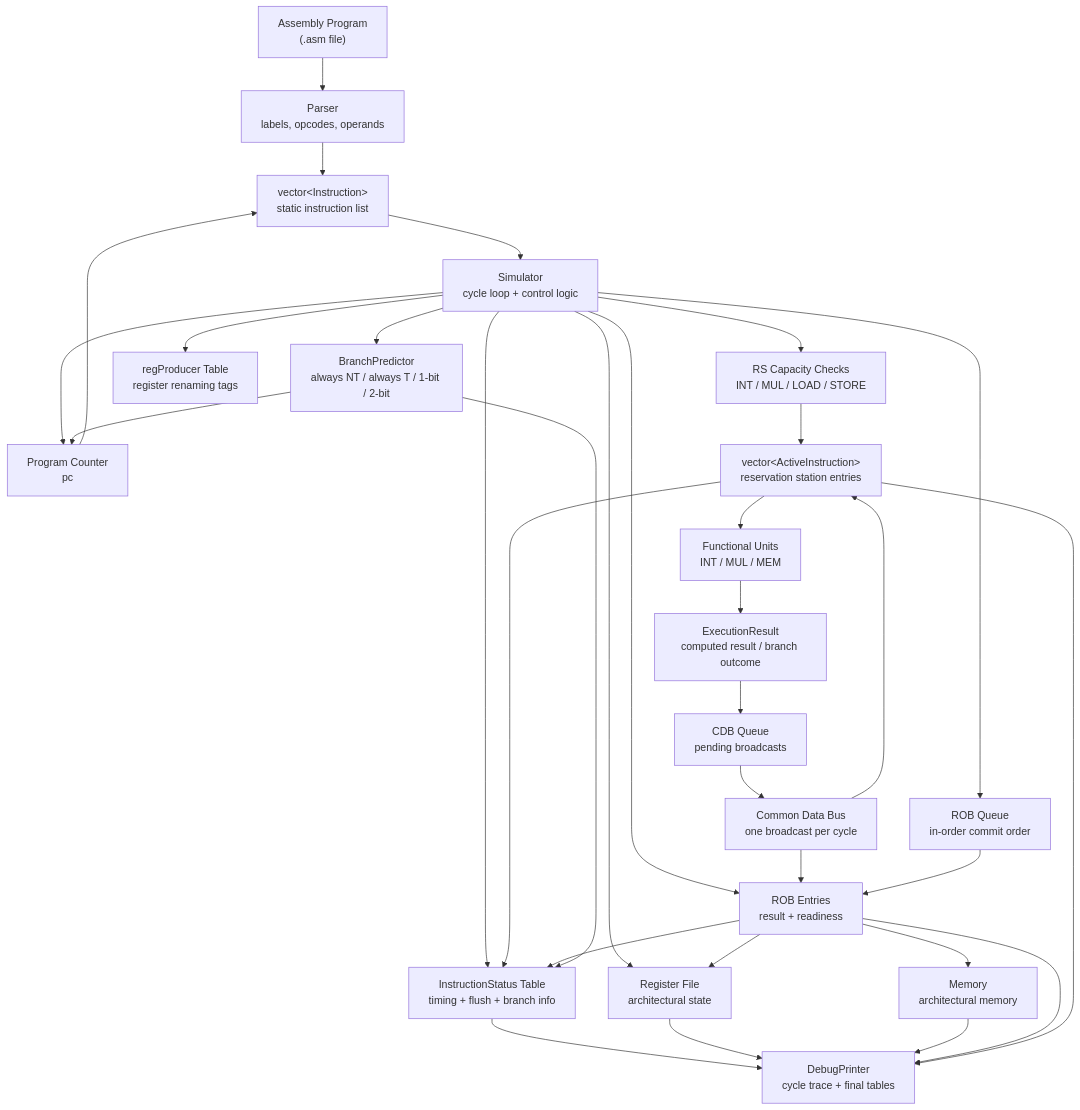
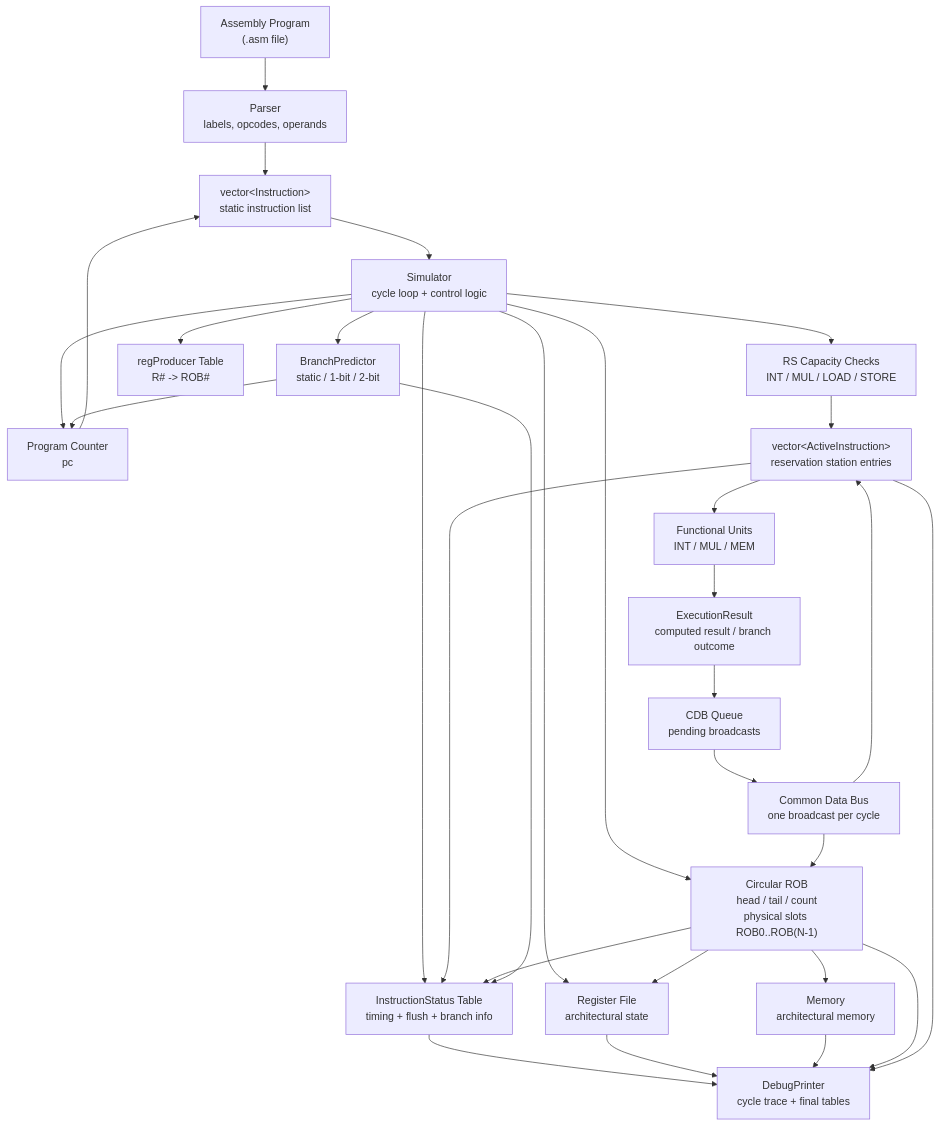
One commit to elu1652/Tomasulo-Simulator changed the diagram in README.md. Above: the diagram before and after it, drawn with Mermaid. The commit also changed other lines of this file and 10 other files, not shown here.

Commit message:
Implemented circular ROB

````diff
--- a/README.md
+++ b/README.md
@@ -55,74 +60,71 @@
 ```mermaid
 flowchart TD
     Program["Assembly Program<br/>(.asm file)"]
     Parser["Parser<br/>labels, opcodes, operands"]
     Instructions["vector&lt;Instruction&gt;<br/>static instruction list"]
 
     Simulator["Simulator<br/>cycle loop + control logic"]
 
     PC["Program Counter<br/>pc"]
-    BP["BranchPredictor<br/>always NT / always T / 1-bit / 2-bit"]
+    BP["BranchPredictor<br/>static / 1-bit / 2-bit"]
 
     Active["vector&lt;ActiveInstruction&gt;<br/>reservation station entries"]
     RSCheck["RS Capacity Checks<br/>INT / MUL / LOAD / STORE"]
 
     RegFile["Register File<br/>architectural state"]
-    RegProducer["regProducer Table<br/>register renaming tags"]
+    RegProducer["regProducer Table<br/>R# -> ROB#"]
+    ROB["Circular ROB<br/>head / tail / count<br/>physical slots ROB0..ROB(N-1)"]
 
     FU["Functional Units<br/>INT / MUL / MEM"]
     ExecResult["ExecutionResult<br/>computed result / branch outcome"]
 
     CDBQ["CDB Queue<br/>pending broadcasts"]
     CDB["Common Data Bus<br/>one broadcast per cycle"]
-
-    ROB["ROB Entries<br/>result + readiness"]
-    ROBQ["ROB Queue<br/>in-order commit order"]
 
     Memory["Memory<br/>architectural memory"]
 
     Status["InstructionStatus Table<br/>timing + flush + branch info"]
     Debug["DebugPrinter<br/>cycle trace + final tables"]
 
     Program --> Parser
     Parser --> Instructions
     Instructions --> Simulator
 
     Simulator --> PC
     PC --> Instructions
 
     Simulator --> RSCheck
     RSCheck --> Active
 
     Simulator --> ROB
-    Simulator --> ROBQ
 
     Simulator --> RegProducer
     Simulator --> RegFile
 
     Simulator --> BP
     BP --> PC
 
     Active --> FU
     FU --> ExecResult
 
     ExecResult --> CDBQ
     CDBQ --> CDB
 
     CDB --> ROB
     CDB --> Active
 
-    ROBQ --> ROB
+    
     ROB --> RegFile
     ROB --> Memory
 
     Simulator --> Status
     Active --> Status
     ROB --> Status
     BP --> Status
 
     Status --> Debug
     RegFile --> Debug
     Memory --> Debug
     ROB --> Debug
     Active --> Debug
 ```
````
